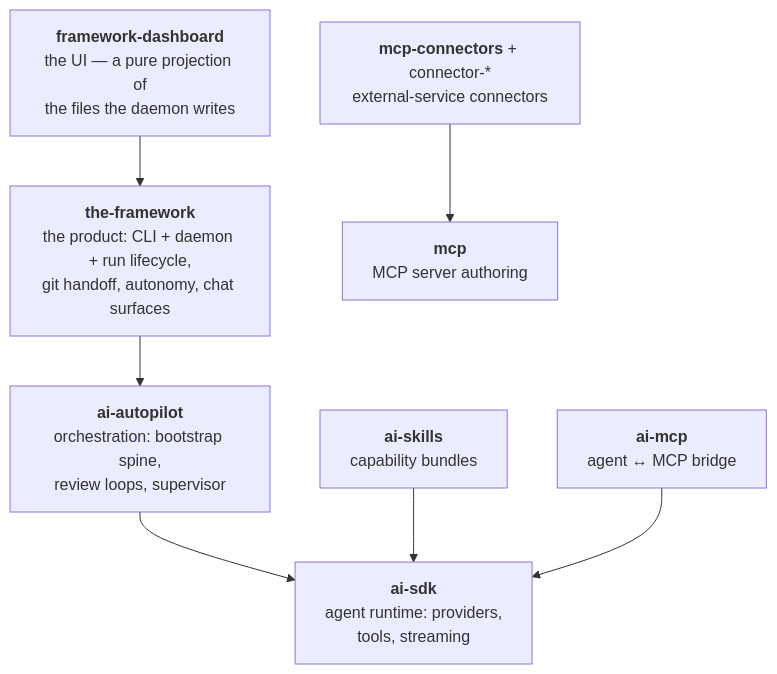
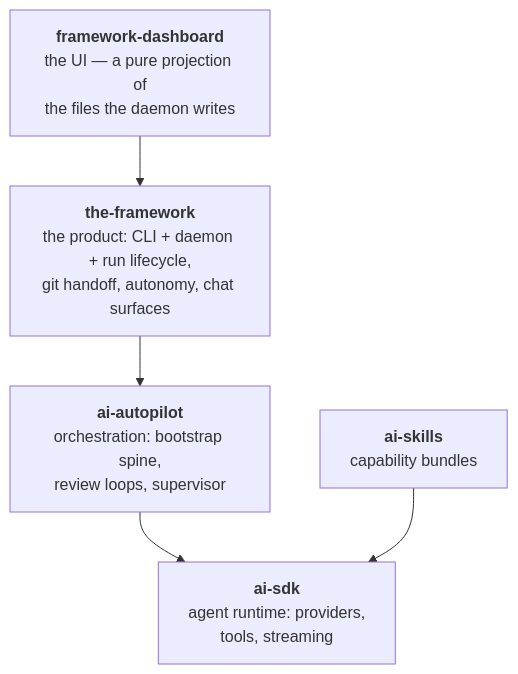
The diagram in spec.md (framework/the-framework), drawn with Mermaid before and after one commit. The commit also changed other lines of this file and 96 other files, not shown here.

````diff
--- a/spec.md
+++ b/spec.md
@@ -13,18 +13,13 @@
 ```mermaid
 graph TD
     product["<b>the-framework</b><br/>the product: CLI + daemon + run lifecycle,<br/>git handoff, autonomy, chat surfaces"]
     dash["<b>framework-dashboard</b><br/>the UI — a pure projection of<br/>the files the daemon writes"]
     autopilot["<b>ai-autopilot</b><br/>orchestration: bootstrap spine,<br/>review loops, supervisor"]
     sdk["<b>ai-sdk</b><br/>agent runtime: providers,<br/>tools, streaming"]
     skills["<b>ai-skills</b><br/>capability bundles"]
-    aimcp["<b>ai-mcp</b><br/>agent ↔ MCP bridge"]
-    mcp["<b>mcp</b><br/>MCP server authoring"]
-    conn["<b>mcp-connectors</b> + connector-*<br/>external-service connectors"]
 
     dash --> product
     product --> autopilot
     autopilot --> sdk
     skills --> sdk
-    aimcp --> sdk
-    conn --> mcp
 ```
````
